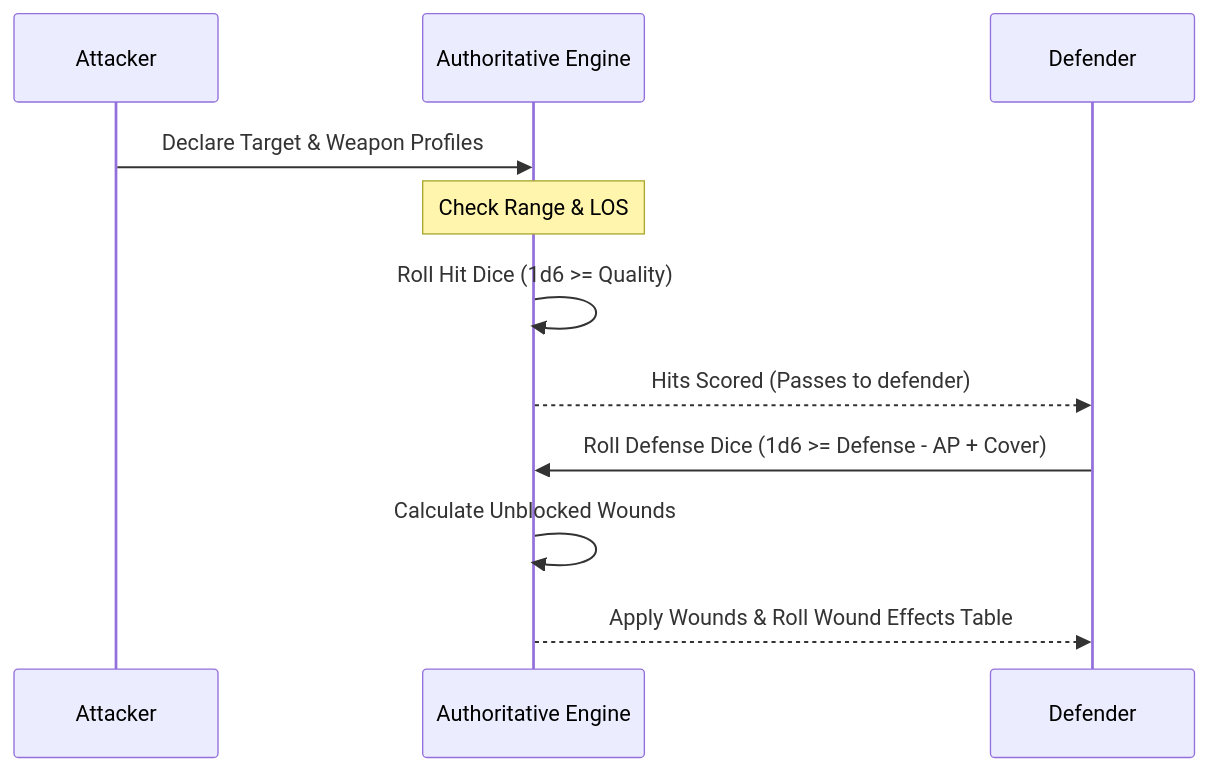
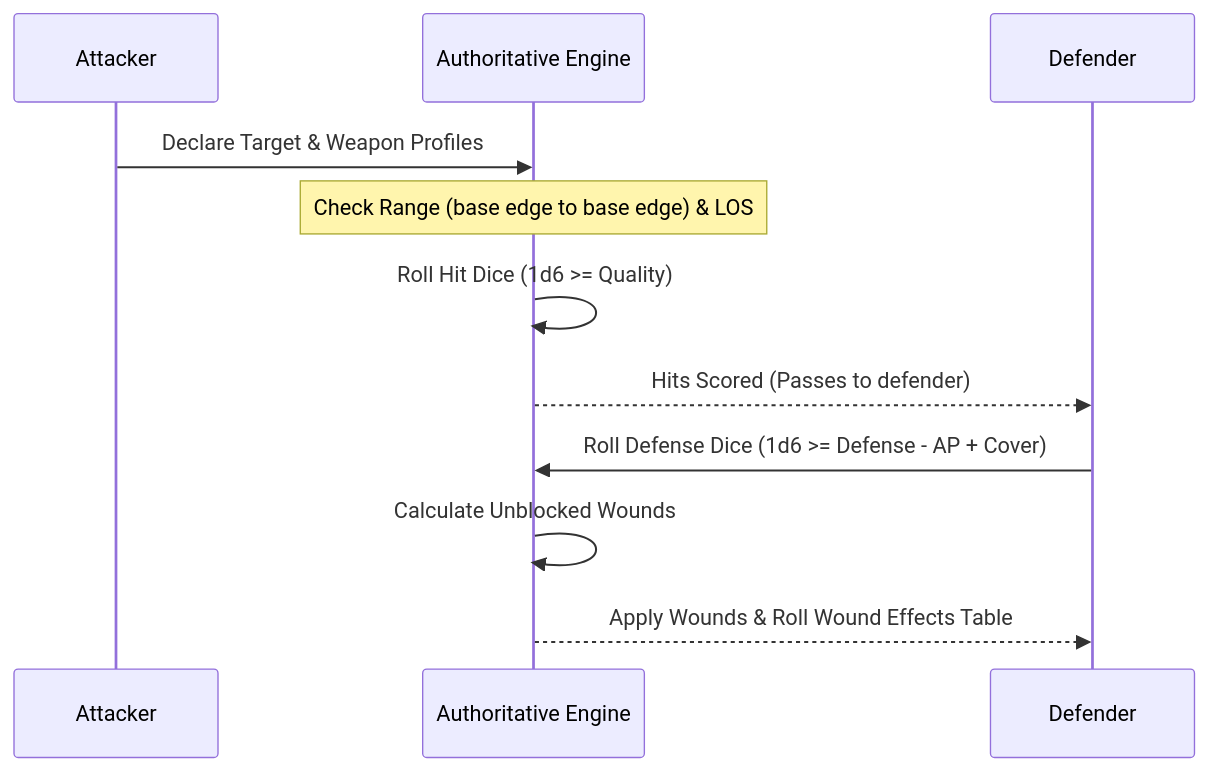
The second of 2 diagrams in doc/RULES_SPECIFICATION.md (devianweb/skirmish-lab), drawn with Mermaid before and after one commit. The commit also changed other lines of this file and 14 other files, not shown here.

Commit message:
feat: base-edge measuring for rule distances (batch 1D PR 14) (#203)

````diff
--- a/doc/RULES_SPECIFICATION.md
+++ b/doc/RULES_SPECIFICATION.md
@@ -102,14 +103,14 @@
 ```mermaid
 sequenceDiagram
     participant Attacker
     participant Server as Authoritative Engine
     participant Defender
 
     Attacker->>Server: Declare Target & Weapon Profiles
-    Note over Server: Check Range & LOS
+    Note over Server: Check Range (base edge to base edge) & LOS
     Server->>Server: Roll Hit Dice (1d6 >= Quality)
     Server-->>Defender: Hits Scored (Passes to defender)
     Defender->>Server: Roll Defense Dice (1d6 >= Defense - AP + Cover)
     Server->>Server: Calculate Unblocked Wounds
     Server-->>Defender: Apply Wounds & Roll Wound Effects Table
 ```
````
